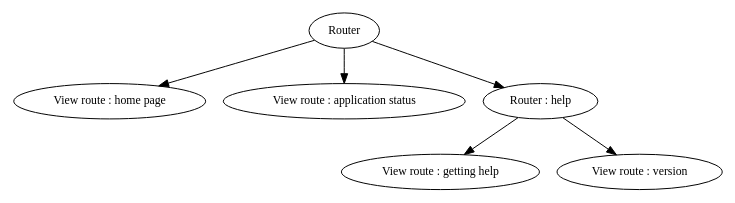
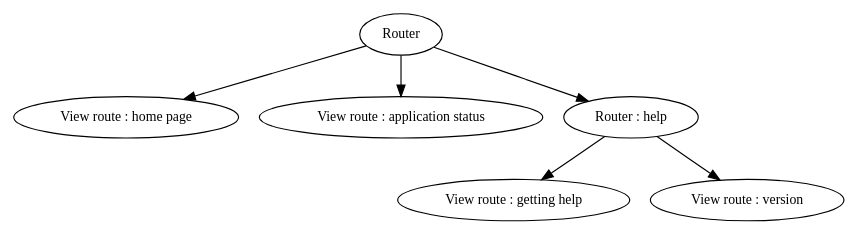
Before and after one commit to pstch/django-crucrudile: the third of 8 diagrams in docs/quickstart.rst, drawn with Graphviz. The commit also changed other lines of this file and 8 other files, not shown here.

```diff
--- a/docs/quickstart.rst
+++ b/docs/quickstart.rst
@@ -75,16 +88,16 @@
 .. graphviz::
 
    digraph viewroutes {
-       size="6, 3"
+       size="7, 3"
        bgcolor="transparent"
        edge[fontsize=10]
        node[fontsize=12]
 
        "Router" -> "View route : home page"
        "Router" -> "View route : application status"
 
        "Router" -> "Router : help"
        "Router : help" -> "View route : getting help"
        "Router : help" -> "View route : version"
 
    }
```
